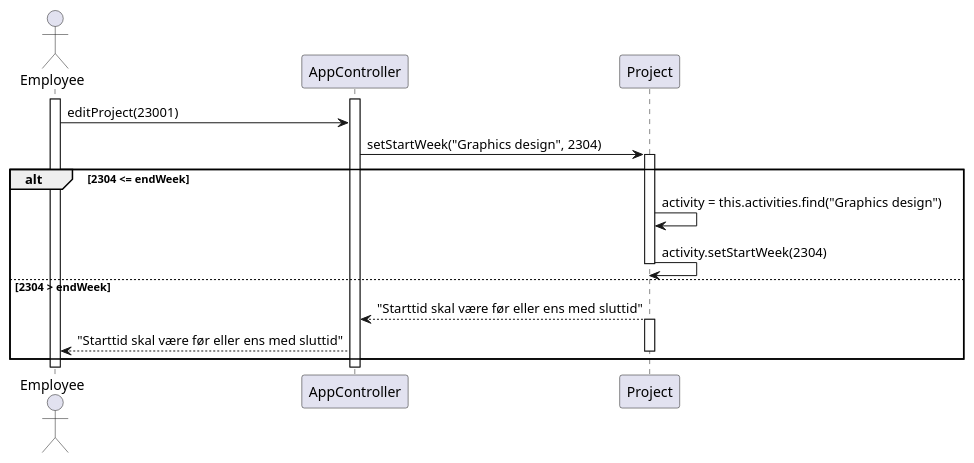
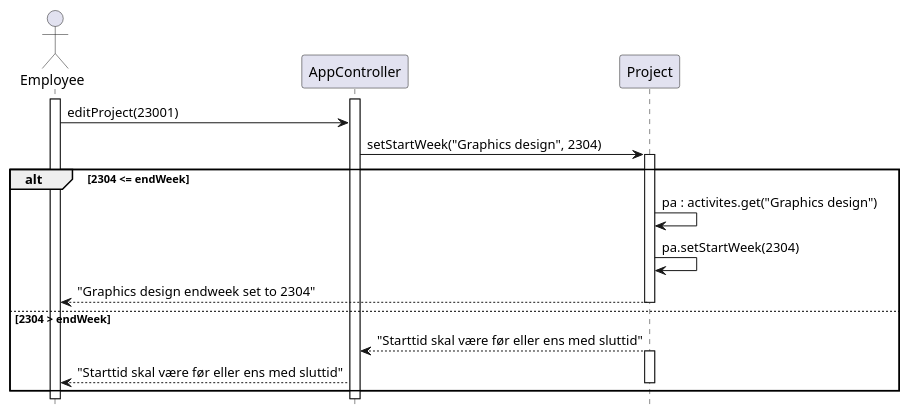
The diagram in RequirementsAndDesign/SequenceDiagrams/Deprecated/seq_create_activity_no_PL_case3.puml (rwiuff/02161ExamProject), drawn with PlantUML before and after one commit. The commit also changed 26 other files, not shown here.

Commit message:
wip: Sequence diagrams

```diff
--- a/RequirementsAndDesign/SequenceDiagrams/Deprecated/seq_create_activity_no_PL_case3.puml
+++ b/RequirementsAndDesign/SequenceDiagrams/Deprecated/seq_create_activity_no_PL_case3.puml
@@ -1,22 +1,24 @@
 @startuml createActivityNoPLCase3
+hide footbox
 actor "Employee" as emp
 participant AppController as app
 participant Project as p
 
 activate emp
 
 activate app
 emp -> app : editProject(23001)
 app -> p : setStartWeek("Graphics design", 2304)
 activate p
 alt 2304 <= endWeek
-p -> p : activity = this.activities.find("Graphics design")
-p -> p : activity.setStartWeek(2304)
+p -> p : pa : activites.get("Graphics design")
+p -> p : pa.setStartWeek(2304)
+p --> emp : "Graphics design endweek set to 2304"
 else 2304 > endWeek
 deactivate p
 p --> app : "Starttid skal være før eller ens med sluttid"
 activate p
 app --> emp : "Starttid skal være før eller ens med sluttid"
 deactivate p
 end
 @enduml
```
